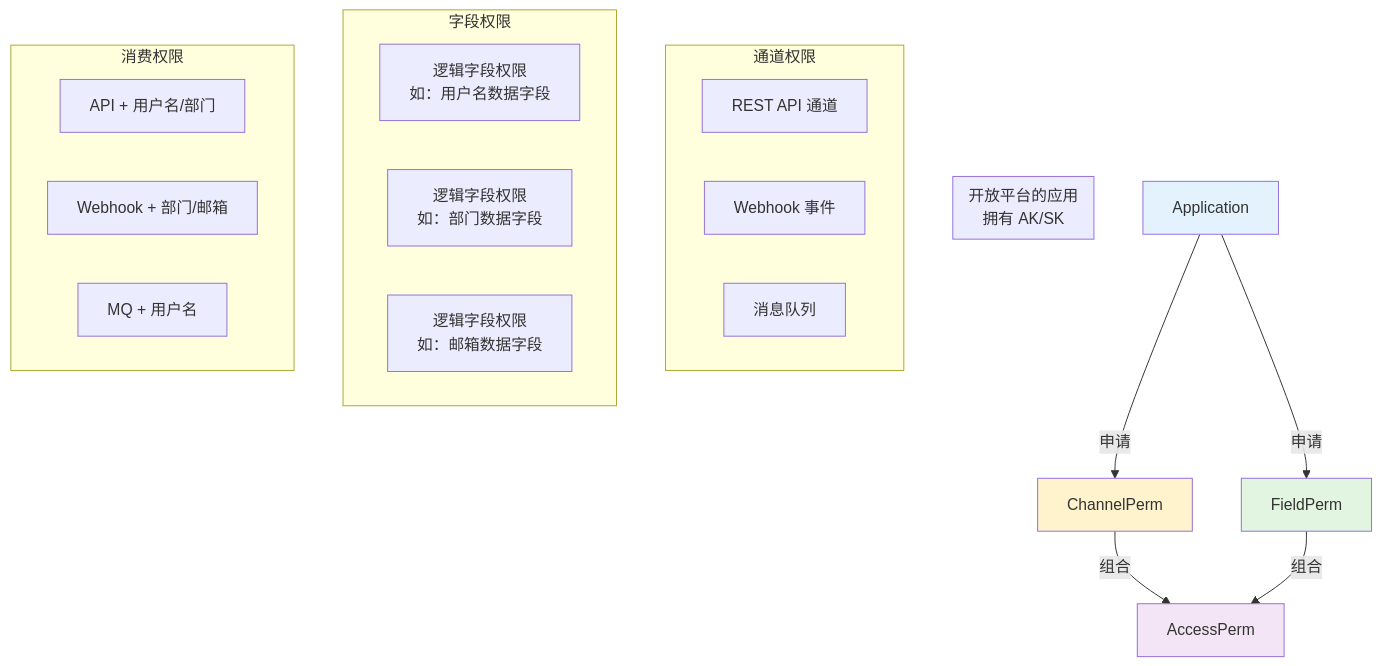
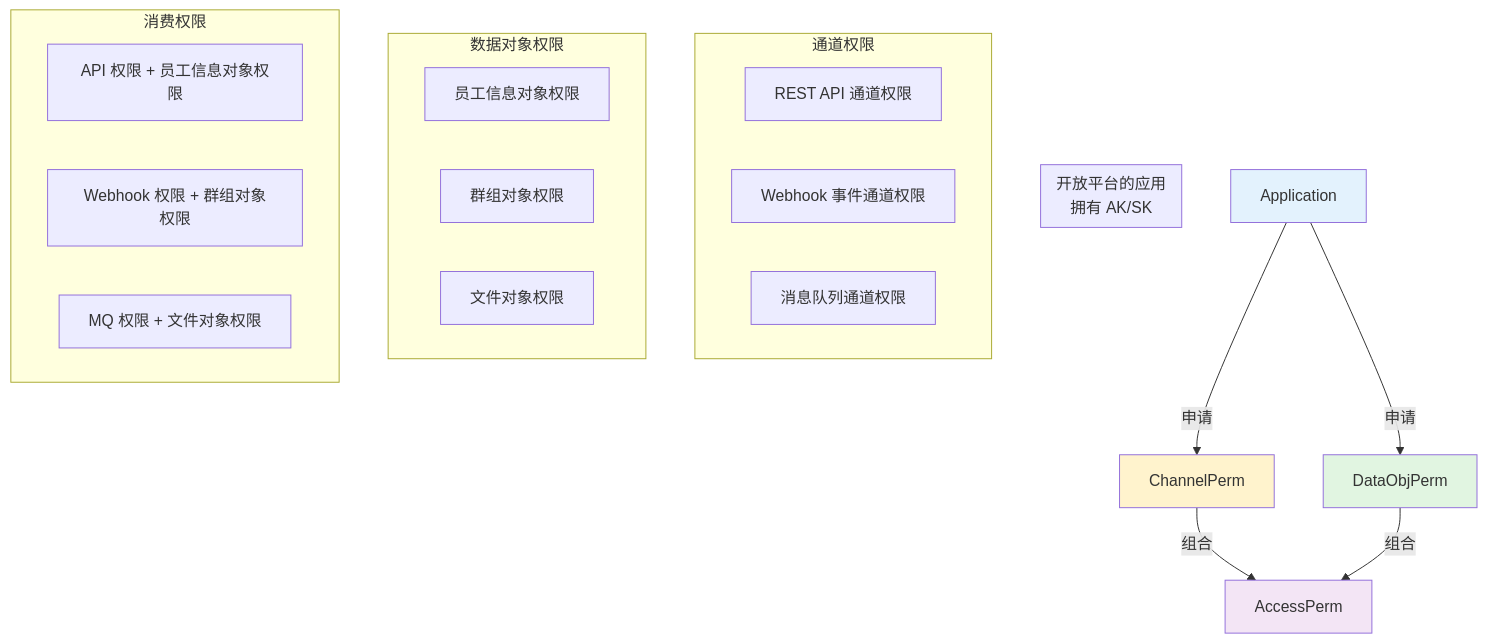
One commit to THZSummer/Product changed diagram 12 of 13 in open-app/.sdd/specs-tree-root/specs-tree-data-open-platform/discovery-report.md. Above: the diagram before and after it, drawn with Mermaid. The commit also changed other lines of this file and 2 other files, not shown here.

````diff
--- a/open-app/.sdd/specs-tree-root/specs-tree-data-open-platform/discovery-report.md
+++ b/open-app/.sdd/specs-tree-root/specs-tree-data-open-platform/discovery-report.md
@@ -700,32 +712,32 @@
 ```mermaid
 graph TB
     subgraph 应用 Application[开放平台的应用<br/>拥有 AK/SK]
     end
     
     subgraph 通道权限 ChannelPerm[通道权限]
-        C1[REST API 通道]
-        C2[Webhook 事件]
-        C3[消息队列]
+        C1[REST API 通道权限]
+        C2[Webhook 事件通道权限]
+        C3[消息队列通道权限]
     end
     
-    subgraph 字段权限 FieldPerm[字段权限]
-        F1[逻辑字段权限<br/>如：用户名数据字段]
-        F2[逻辑字段权限<br/>如：部门数据字段]
-        F3[逻辑字段权限<br/>如：邮箱数据字段]
+    subgraph 数据对象权限 DataObjPerm[数据对象权限]
+        D1[员工信息对象权限]
+        D2[群组对象权限]
+        D3[文件对象权限]
     end
     
     subgraph 消费权限 AccessPerm[消费权限]
-        P1[API + 用户名/部门]
-        P2[Webhook + 部门/邮箱]
-        P3[MQ + 用户名]
+        P1[API 权限 + 员工信息对象权限]
+        P2[Webhook 权限 + 群组对象权限]
+        P3[MQ 权限 + 文件对象权限]
     end
     
     Application -->|申请 | ChannelPerm
-    Application -->|申请 | FieldPerm
-    ChannelPerm & FieldPerm -->|组合 | AccessPerm
+    Application -->|申请 | DataObjPerm
+    ChannelPerm & DataObjPerm -->|组合 | AccessPerm
     
     style Application fill:#e3f2fd
     style ChannelPerm fill:#fff3cd
-    style FieldPerm fill:#e1f5e1
+    style DataObjPerm fill:#e1f5e1
     style AccessPerm fill:#f3e5f5
 ```
````
